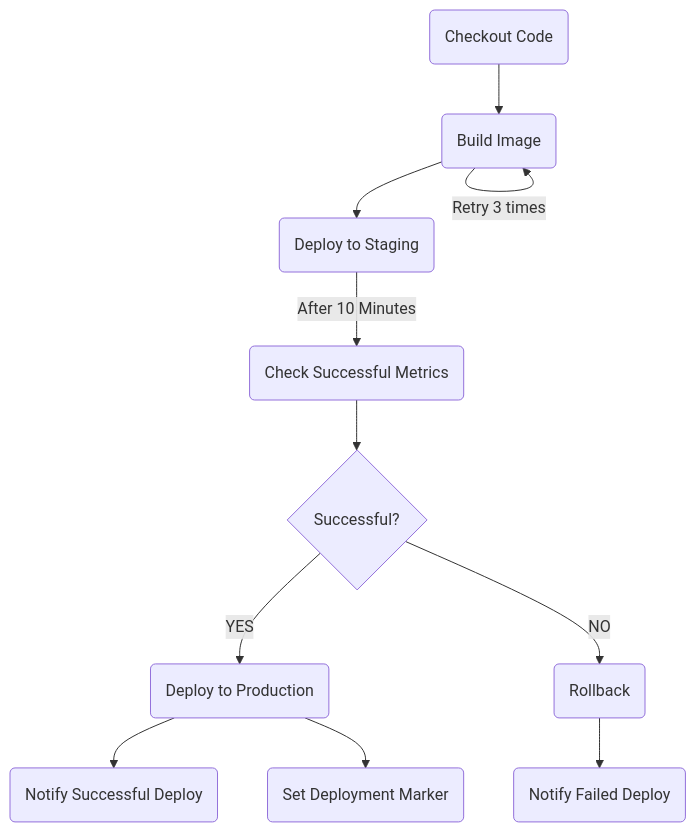
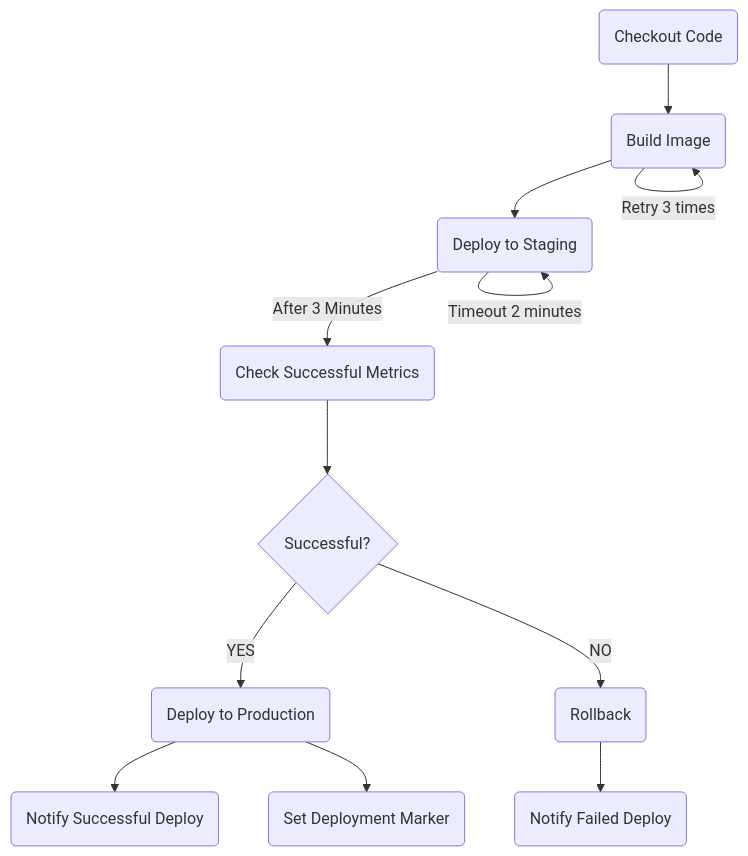
Before and after one commit to konfortes/temporal-hello: the diagram in README.md, drawn with Mermaid. The commit also changed 3 other files, not shown here.

````diff
--- a/README.md
+++ b/README.md
@@ -5,21 +5,21 @@
 ```mermaid
 graph TD
 A(Checkout Code)
 B(Build Image)
 C(Deploy to Staging)
 D(Check Successful Metrics)
 E{Successful?}
 F(Deploy to Production)
 G(Rollback)
 H(Notify Successful Deploy)
 I(Set Deployment Marker)
 J(Notify Failed Deploy)
 
-A --> B --> C -->|After 10 Minutes| D --> E -->|YES| F
+A --> B --> C -->|After 3 Minutes| D --> E -->|YES| F
 B -->|Retry 3 times| B
+C -->|Timeout 2 minutes| C
 E -->|NO| G
 G --> J
 F --> H
 F --> I
-
 ```
````
